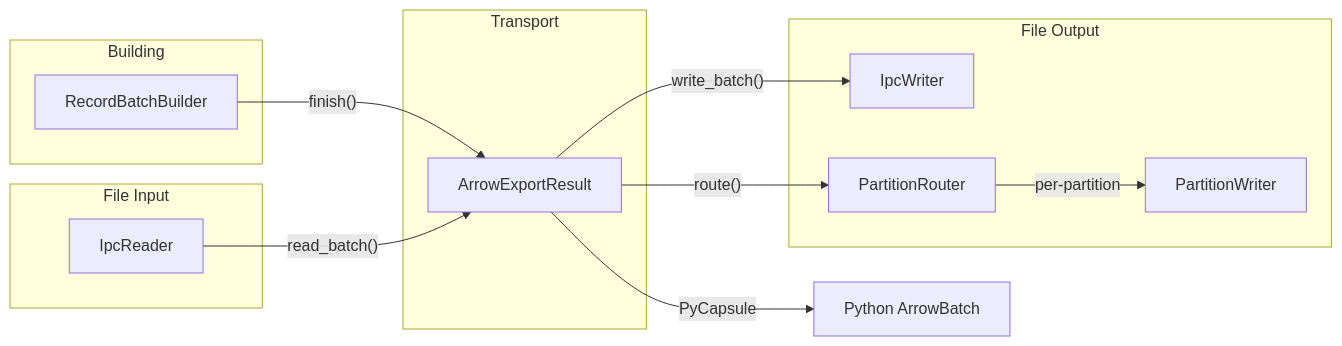
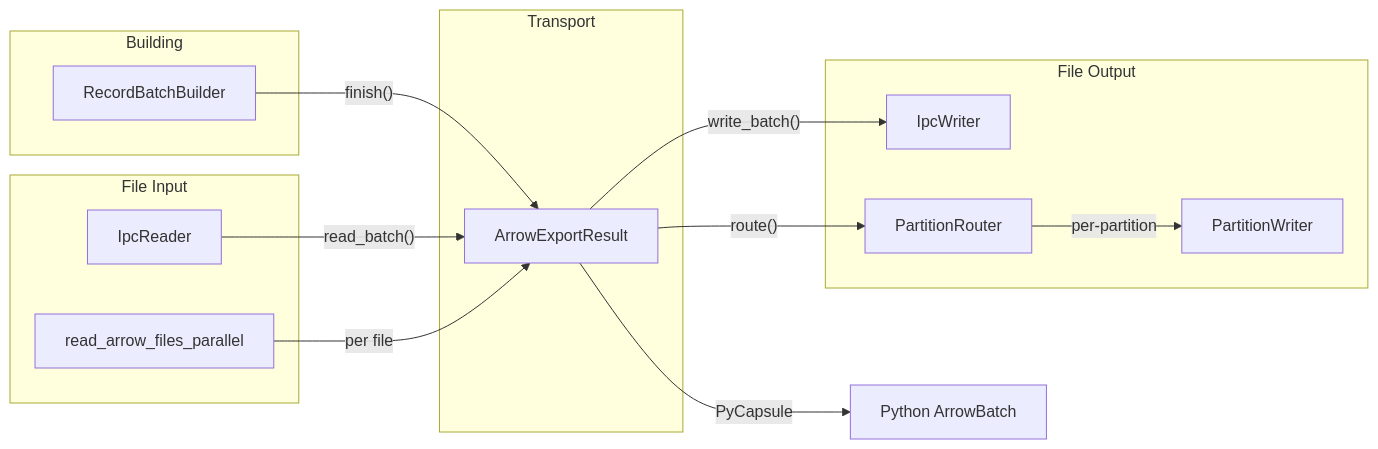
The diagram in docs/source/cpp_api/arrow.rst (asparsa/ClarIOn), drawn with Mermaid before and after one commit. The commit also changed other lines of this file and 46 other files, not shown here.

```diff
--- a/docs/source/cpp_api/arrow.rst
+++ b/docs/source/cpp_api/arrow.rst
@@ -15,27 +25,29 @@
 .. mermaid::
 
    graph LR
        subgraph Build["Building"]
            RBB["RecordBatchBuilder"]
        end
 
        subgraph Transport["Transport"]
            AER["ArrowExportResult"]
        end
 
        subgraph Write["File Output"]
            IPC["IpcWriter"]
            PW["PartitionWriter"]
            PR["PartitionRouter"]
        end
 
        subgraph Read["File Input"]
            IRD["IpcReader"]
+           PRD["read_arrow_files_parallel"]
        end
 
        RBB -->|"finish()"| AER
        AER -->|"write_batch()"| IPC
        AER -->|"route()"| PR
        PR -->|"per-partition"| PW
        AER -->|"PyCapsule"| Python["Python ArrowBatch"]
        IRD -->|"read_batch()"| AER
+       PRD -->|"per file"| AER
```
